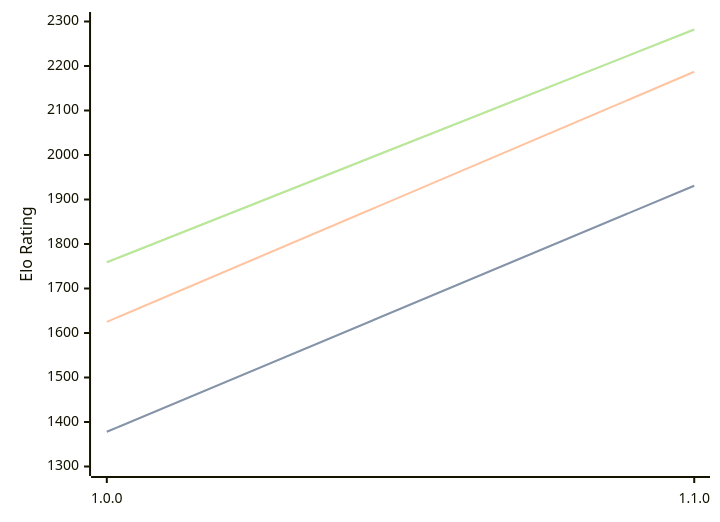
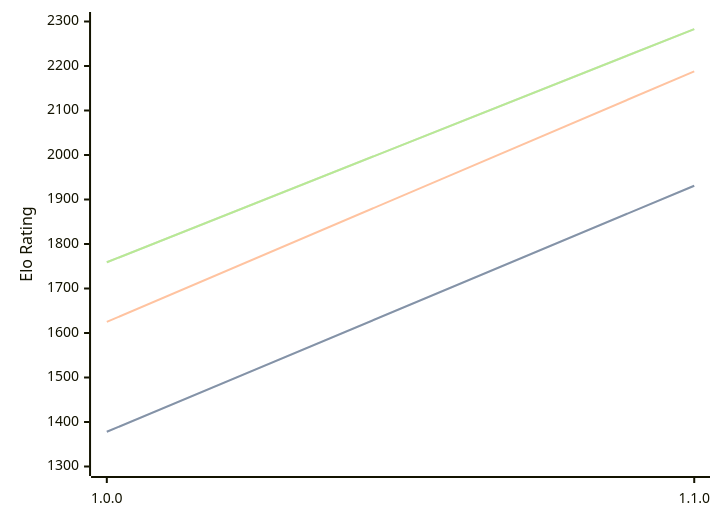
One commit to computer-chess-index/cci changed the third of 3 diagrams in engines/Akerbeltz.md. Above: the diagram before and after it, drawn with Mermaid. The commit also changed other lines of this file, not shown here.

Commit message:
Update CCI Ratings (ELO VLTC) - 2026-07-10

````diff
--- a/engines/Akerbeltz.md
+++ b/engines/Akerbeltz.md
@@ -65,11 +65,11 @@
 ```mermaid
 %%{init: {"theme":"base","themeVariables":{"seriesColors:['#a3a3a3','#222221','#faa371']}}}%%
 xychart-beta
   x-axis ["1.0.0", "1.1.0"]
   y-axis "Elo Rating" 1300 --> 2300
   line "STC (8.0+0.08s)" [1378, 1931]
   line "STC (8.0+0.08s)" [1378, 1931]
-  line "LTC (60.0+0.60s)" [1625, 2187]
-  line "VLTC (2m24s+1.12s)" [1759, 2282]
-  line "VLTC (2m24s+1.12s)" [1759, 2282]
+  line "LTC (60.0+0.60s)" [1625, 2188]
+  line "VLTC (2m24s+1.12s)" [1759, 2283]
+  line "VLTC (2m24s+1.12s)" [1759, 2283]
 ```
````
